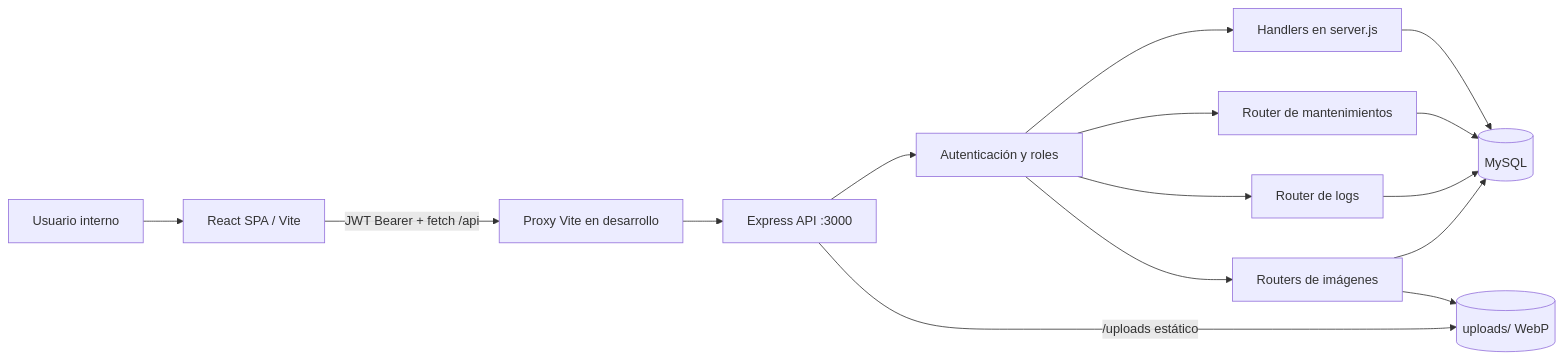
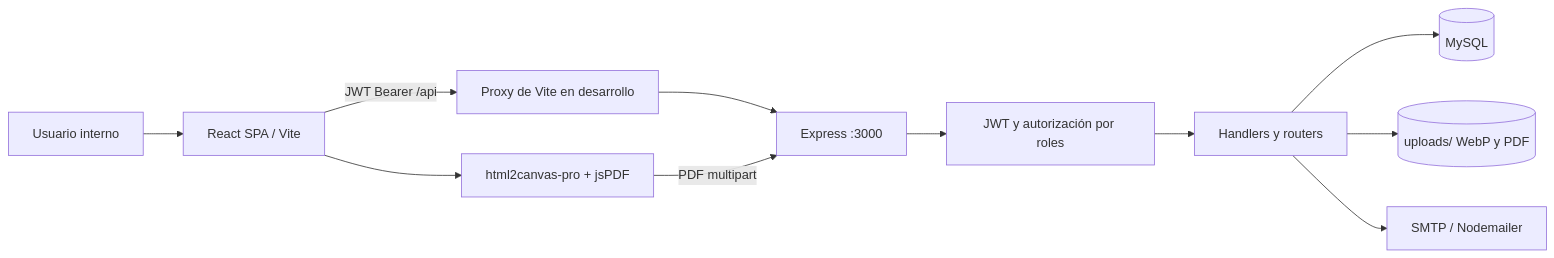
One commit to rubist7/SCAET changed the diagram in README.md. Above: the diagram before and after it, drawn with Mermaid. The commit also changed other lines of this file and 3 other files, not shown here.

````diff
--- a/README.md
+++ b/README.md
@@ -33,17 +34,13 @@
 ```mermaid
 flowchart LR
-  U[Usuario interno] --> R[React SPA / Vite]
-  R -->|JWT Bearer + fetch /api| P[Proxy Vite en desarrollo]
-  P --> E[Express API :3000]
-  E --> A[Autenticación y roles]
-  A --> S[Handlers en server.js]
-  A --> M[Router de mantenimientos]
-  A --> L[Router de logs]
-  A --> I[Routers de imágenes]
-  S --> DB[(MySQL)]
-  M --> DB
-  L --> DB
-  I --> DB
-  I --> FS[(uploads/ WebP)]
-  E -->|/uploads estático| FS
+  U[Usuario interno] --> SPA[React SPA / Vite]
+  SPA -->|JWT Bearer /api| VP[Proxy de Vite en desarrollo]
+  VP --> API[Express :3000]
+  API --> AUTH[JWT y autorización por roles]
+  AUTH --> CORE[Handlers y routers]
+  CORE --> MYSQL[(MySQL)]
+  CORE --> FILES[(uploads/ WebP y PDF)]
+  CORE --> SMTP[SMTP / Nodemailer]
+  SPA --> PDF[html2canvas-pro + jsPDF]
+  PDF -->|PDF multipart| API
 ```
````
